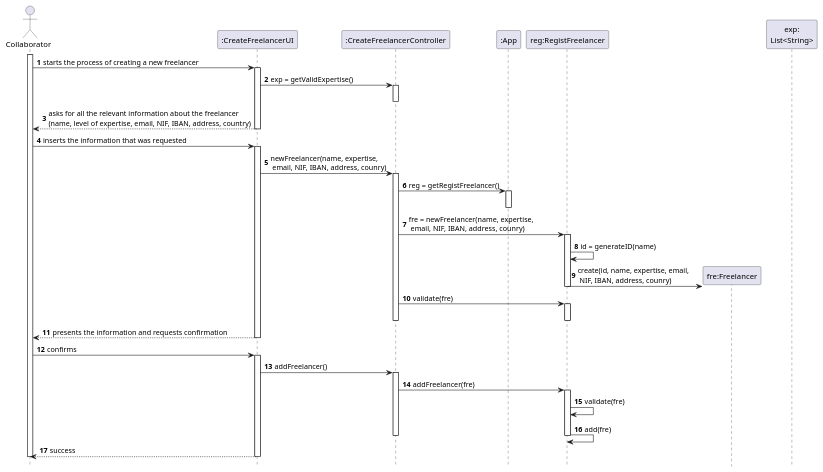
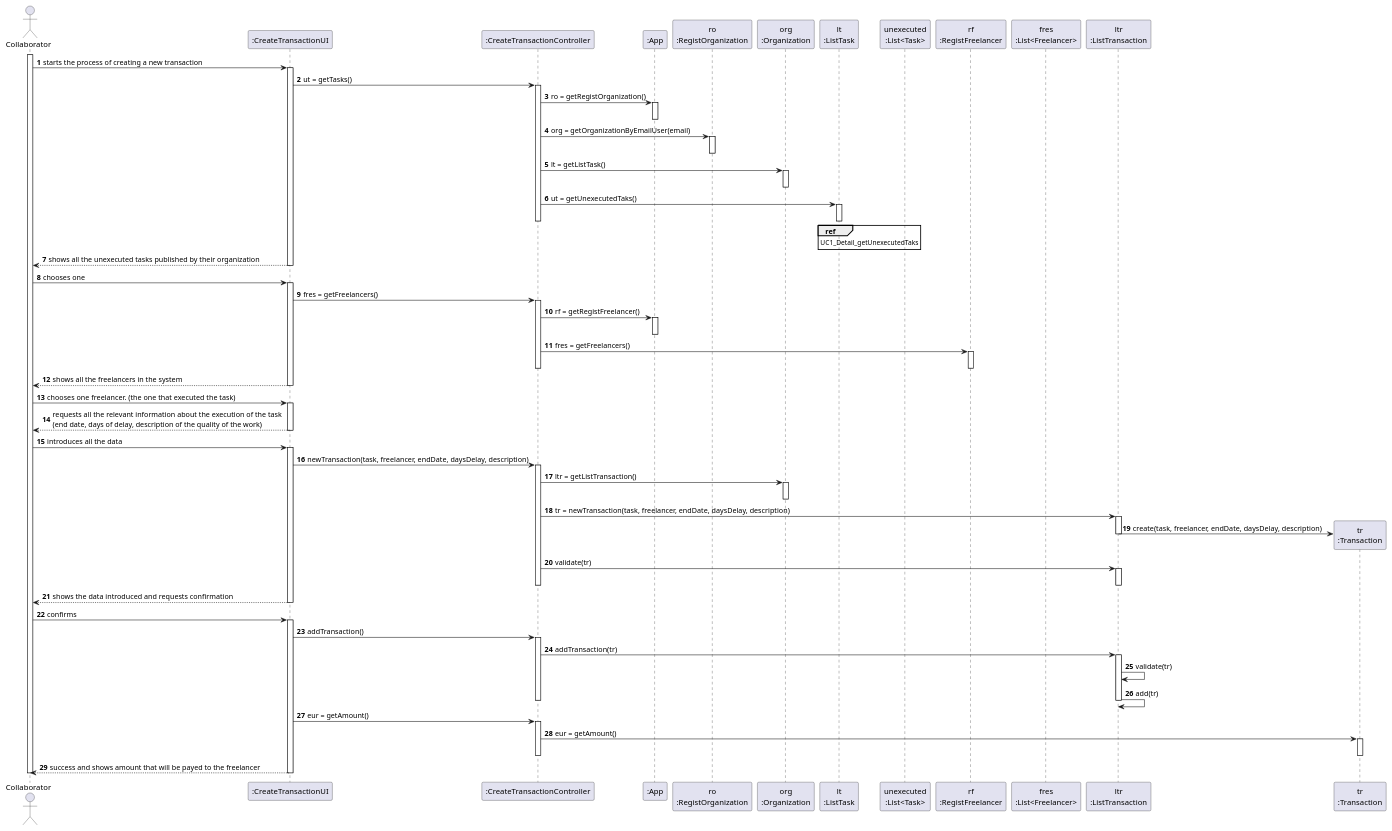
The diagram in docs/UC_01/SD.puml (botelho-io/lapr2-2020-g029), drawn with PlantUML before and after one commit. The commit also changed 12 other files, not shown here.

```diff
--- a/docs/UC_01/SD.puml
+++ b/docs/UC_01/SD.puml
@@ -1,53 +1,107 @@
 @startuml SD
 autonumber
-hide footbox
 
 actor "Collaborator" as col
-participant ":CreateFreelancerUI" as ui
-participant ":CreateFreelancerController" as cnt
+participant ":CreateTransactionUI" as ui
+participant ":CreateTransactionController" as cnt
 participant ":App" as app
-participant "reg:RegistFreelancer" as reg
-participant "fre:Freelancer" as fre
-participant "exp:\nList<String>"
+participant "ro\n:RegistOrganization" as ro
+participant "org\n:Organization" as org
+participant "lt\n:ListTask" as lt
+participant "unexecuted\n:List<Task>" as ut
+participant "rf\n:RegistFreelancer" as rf
+participant "fres\n:List<Freelancer>" as fres
+participant "ltr\n:ListTransaction" as ltr
+participant "tr\n:Transaction" as tr
+
+
+
+'The collaborator starts the process of creating a new transaction.
+'The system shows all the unexecuted tasks published by their organization.
+'The collaborator chooses one.
+'The system shows all the freelancers in the system.
+'The collaborator chooses one freelancer. (the one that executed the task)
+'The system requests all the relevant information about the execution of the task (end date, days of delay, description of the quality of the work)
+'The collaborator introduces all the data.
+'The systems shows the data introduced and requests confirmation.
+'The collaborator confirms.
+'The system validates and stores the data and informs the collaborator of the success of the operation and the amount that will be payed to the freelancer.
+
+
 
 activate col
-        col -> ui : starts the process of creating a new freelancer
+        col -> ui :  starts the process of creating a new transaction
         activate ui
-                ui -> cnt : exp = getValidExpertise()
+                ui -> cnt : ut = getTasks()
                 activate cnt
-                deactivate cnt
-                ui --> col: asks for all the relevant information about the freelancer\n(name, level of expertise, email, NIF, IBAN, address, country)
-        deactivate ui
-        col -> ui : inserts the information that was requested
-        activate ui
-                ui -> cnt : newFreelancer(name, expertise, \n email, NIF, IBAN, address, counry)
-                activate cnt
-                        cnt -> app : reg = getRegistFreelancer()
+                        cnt -> app : ro = getRegistOrganization()
                         activate app
                         deactivate app
-                        cnt -> reg : fre = newFreelancer(name, expertise, \n email, NIF, IBAN, address, counry)
-                        activate reg
-                                reg -> reg : id = generateID(name)
-                                reg -> fre ** : create(id, name, expertise, email, \n NIF, IBAN, address, counry)
-                        deactivate reg
-                        cnt -> reg : validate(fre)
-                        activate reg
-                        deactivate reg
+                        cnt -> ro : org = getOrganizationByEmailUser(email)
+                        activate ro
+                        deactivate ro
+                        cnt -> org : lt = getListTask()
+                        activate org
+                        deactivate org
+                        cnt -> lt : ut = getUnexecutedTaks()
+                        activate lt
+                                ref over lt : UC1_Detail_getUnexecutedTaks
+                        deactivate lt
                 deactivate cnt
-                ui --> col:  presents the information and requests confirmation
+                ui --> col :  shows all the unexecuted tasks published by their organization
         deactivate ui
-        col -> ui : confirms
+        col -> ui :  chooses one
         activate ui
-                ui -> cnt : addFreelancer()
+                ui -> cnt : fres = getFreelancers()
                 activate cnt
-                        cnt -> reg : addFreelancer(fre)
-                        activate reg
-                                reg -> reg : validate(fre)
-                                reg -> reg : add(fre)
-                        deactivate reg
+                        cnt -> app : rf = getRegistFreelancer()
+                        activate app
+                        deactivate app
+                        cnt -> rf : fres = getFreelancers()
+                        activate rf
+                        deactivate rf
                 deactivate cnt
-                ui --> col: success
+                ui --> col :  shows all the freelancers in the system
+        deactivate ui
+        col -> ui : chooses one freelancer. (the one that executed the task)
+        activate ui
+                ui --> col :  requests all the relevant information about the execution of the task \n(end date, days of delay, description of the quality of the work)
+        deactivate ui
+        col -> ui :  introduces all the data
+        activate ui
+                ui -> cnt : newTransaction(task, freelancer, endDate, daysDelay, description)
+                activate cnt
+                        cnt -> org : ltr = getListTransaction()
+                        activate org
+                        deactivate org
+                        cnt -> ltr : tr = newTransaction(task, freelancer, endDate, daysDelay, description)
+                        activate ltr
+                                ltr -> tr ** : create(task, freelancer, endDate, daysDelay, description)
+                        deactivate ltr
+                        cnt -> ltr : validate(tr)
+                        activate ltr
+                        deactivate ltr
+                deactivate cnt
+                ui --> col : shows the data introduced and requests confirmation
+        deactivate ui
+         col -> ui :  confirms
+        activate ui
+                ui -> cnt : addTransaction()
+                activate cnt
+                        cnt -> ltr : addTransaction(tr)
+                        activate ltr
+                                ltr -> ltr : validate(tr)
+                                ltr -> ltr : add(tr)
+                        deactivate ltr
+                deactivate cnt
+                 ui -> cnt : eur = getAmount()
+                activate cnt
+                        cnt -> tr : eur = getAmount()
+                        activate tr
+                        deactivate tr
+                deactivate cnt
+                ui --> col :  success and shows amount that will be payed to the freelancer
         deactivate ui
 deactivate col
 
 @enduml
```
